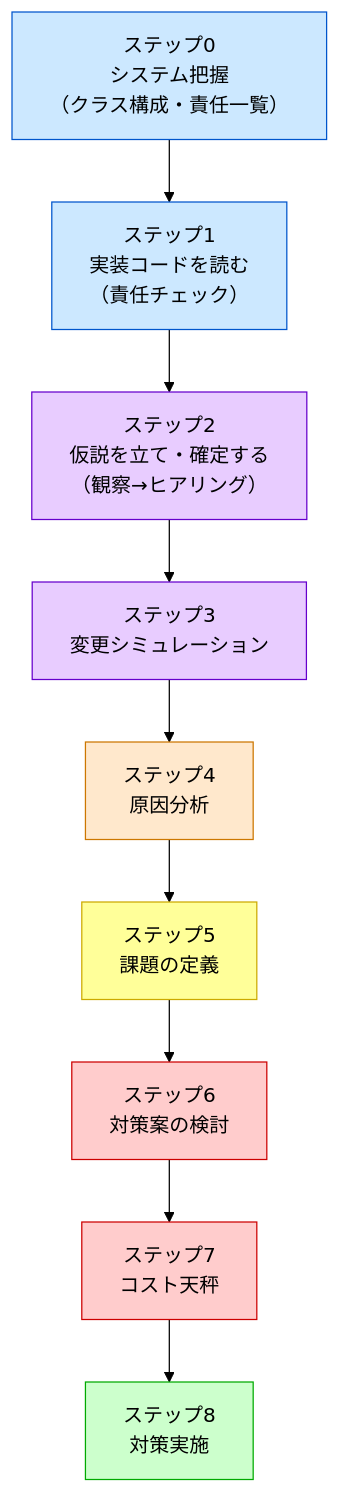
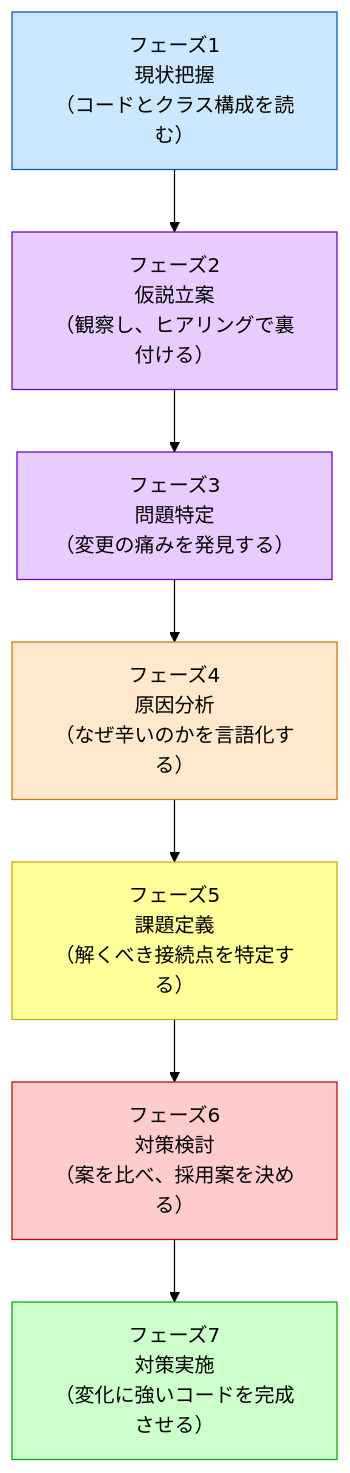
Before and after one commit to kumachan1101-pixel/DesignPattern: the first of 5 diagrams in kindle/design-patterns/output/chapter00_2.md, drawn with Mermaid (forest theme). The commit also changed other lines of this file, not shown here.

````diff
--- a/kindle/design-patterns/output/chapter00_2.md
+++ b/kindle/design-patterns/output/chapter00_2.md
@@ -31,24 +31,20 @@
 ```mermaid
 graph TD
-    S0["ステップ0<br>システム把握<br>（クラス構成・責任一覧）"]
-    S1["ステップ1<br>実装コードを読む<br>（責任チェック）"]
-    S2["ステップ2<br>仮説を立て・確定する<br>（観察→ヒアリング）"]
-    S3["ステップ3<br>変更シミュレーション"]
-    S4["ステップ4<br>原因分析"]
-    S5["ステップ5<br>課題の定義"]
-    S6["ステップ6<br>対策案の検討"]
-    S7["ステップ7<br>コスト天秤"]
-    S8["ステップ8<br>対策実施"]
+    F1["フェーズ1<br>現状把握<br>（コードとクラス構成を読む）"]
+    F2["フェーズ2<br>仮説立案<br>（観察し、ヒアリングで裏付ける）"]
+    F3["フェーズ3<br>問題特定<br>（変更の痛みを発見する）"]
+    F4["フェーズ4<br>原因分析<br>（なぜ辛いのかを言語化する）"]
+    F5["フェーズ5<br>課題定義<br>（解くべき接続点を特定する）"]
+    F6["フェーズ6<br>対策検討<br>（案を比べ、採用案を決める）"]
+    F7["フェーズ7<br>対策実施<br>（変化に強いコードを完成させる）"]
 
-    S0 --> S1 --> S2 --> S3 --> S4 --> S5 --> S6 --> S7 --> S8
+    F1 --> F2 --> F3 --> F4 --> F5 --> F6 --> F7
 
-    style S0 fill:#cce8ff,stroke:#0055cc
-    style S1 fill:#cce8ff,stroke:#0055cc
-    style S2 fill:#e8ccff,stroke:#6600cc
-    style S3 fill:#e8ccff,stroke:#6600cc
-    style S4 fill:#ffe8cc,stroke:#cc7700
-    style S5 fill:#ffff99,stroke:#ccaa00
-    style S6 fill:#ffcccc,stroke:#cc0000
-    style S7 fill:#ffcccc,stroke:#cc0000
-    style S8 fill:#ccffcc,stroke:#00aa00
+    style F1 fill:#cce8ff,stroke:#0055cc
+    style F2 fill:#e8ccff,stroke:#6600cc
+    style F3 fill:#e8ccff,stroke:#6600cc
+    style F4 fill:#ffe8cc,stroke:#cc7700
+    style F5 fill:#ffff99,stroke:#ccaa00
+    style F6 fill:#ffcccc,stroke:#cc0000
+    style F7 fill:#ccffcc,stroke:#00aa00
 ```
````
